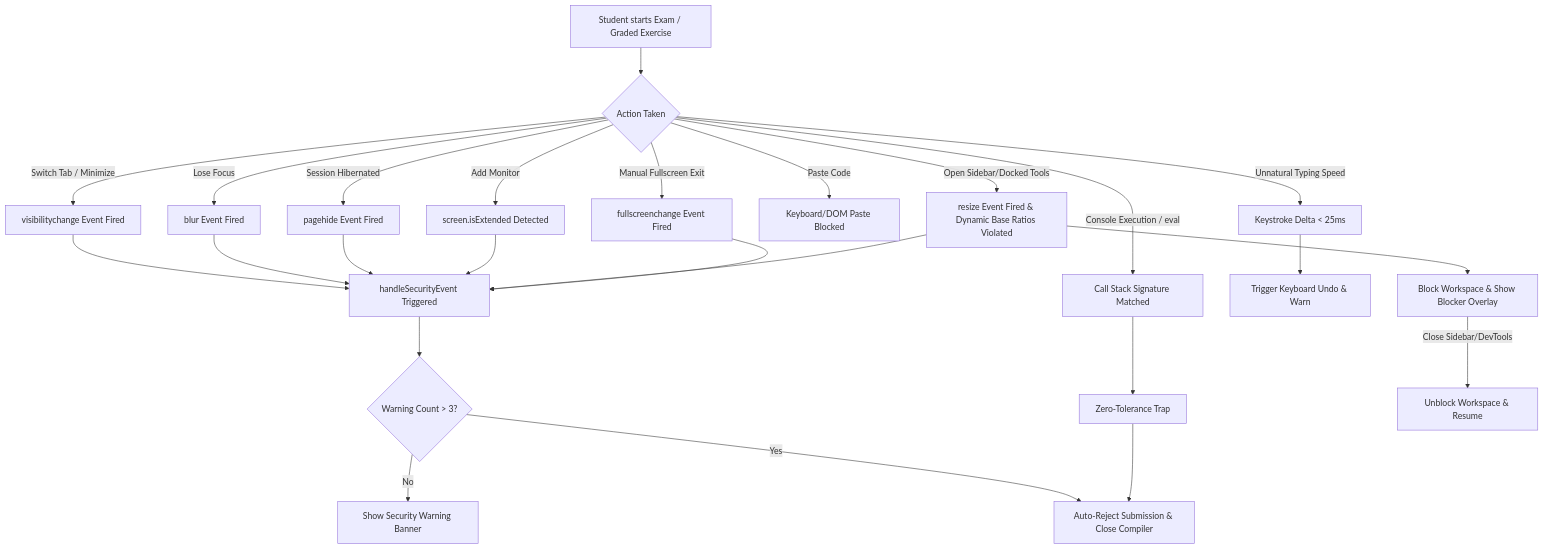
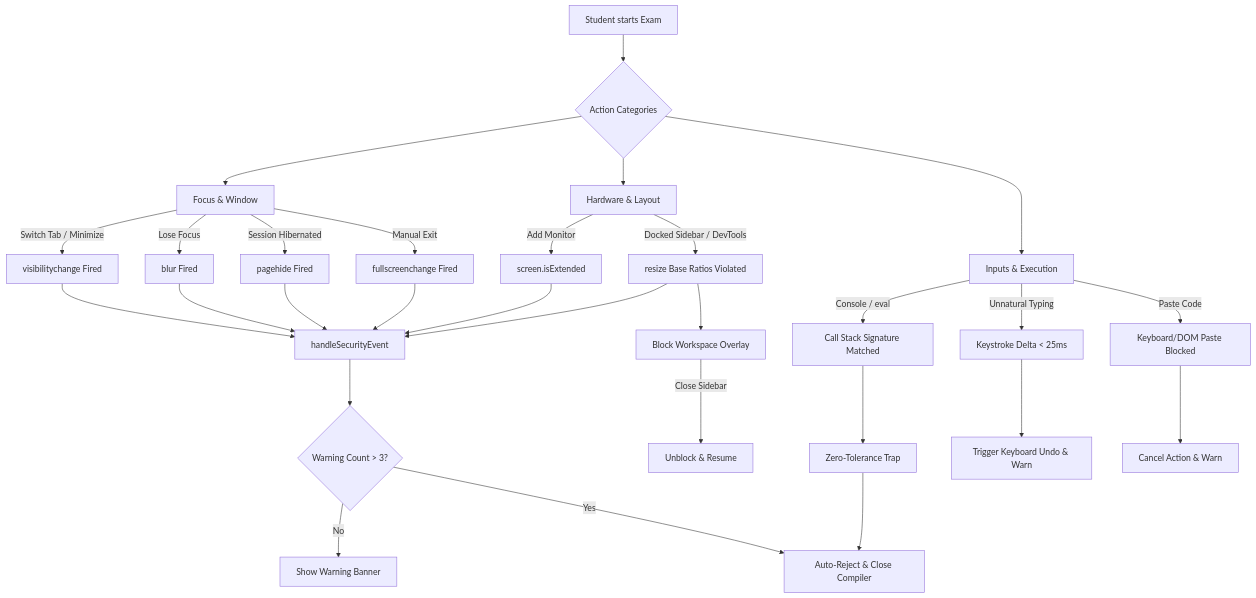
Before and after one commit to suyash-rgb/JS-Mentor: the diagram in Anti-cheat proctoring engine.md, drawn with Mermaid. The commit also changed 1 other file, not shown here.

Commit message:
docs: restructure anti-cheat diagram for better readability

````diff
--- a/Anti-cheat proctoring engine.md
+++ b/Anti-cheat proctoring engine.md
@@ -11,36 +11,35 @@
 ```mermaid
 flowchart TD
-    A[Student starts Exam / Graded Exercise] --> B{Action Taken}
+    A[Student starts Exam] --> B{Action Categories}
     
-    B -- Switch Tab / Minimize --> C[visibilitychange Event Fired]
-    B -- Lose Focus --> D[blur Event Fired]
-    B -- Session Hibernated --> HIB[pagehide Event Fired]
-    B -- Add Monitor --> MON[screen.isExtended Detected]
+    B --> FOC[Focus & Window]
+    B --> ENV[Hardware & Layout]
+    B --> INP[Inputs & Execution]
     
-    B -- Unnatural Typing Speed --> KSD[Keystroke Delta < 25ms]
-    B -- Paste Code --> E[Keyboard/DOM Paste Blocked]
+    FOC -- Switch Tab / Minimize --> C[visibilitychange Fired]
+    FOC -- Lose Focus --> D[blur Fired]
+    FOC -- Session Hibernated --> HIB[pagehide Fired]
+    FOC -- Manual Exit --> FSE[fullscreenchange Fired]
     
-    B -- Console Execution / eval --> CON[Call Stack Signature Matched]
-    B -- Open Sidebar/Docked Tools --> K[resize Event Fired & Dynamic Base Ratios Violated]
-    B -- Manual Fullscreen Exit --> FSE[fullscreenchange Event Fired]
+    ENV -- Add Monitor --> MON[screen.isExtended]
+    ENV -- Docked Sidebar / DevTools --> K[resize Base Ratios Violated]
     
-    C --> F[handleSecurityEvent Triggered]
-    D --> F
-    HIB --> F
-    MON --> F
-    K --> F
-    FSE --> F
+    INP -- Console / eval --> CON[Call Stack Signature Matched]
+    INP -- Unnatural Typing --> KSD[Keystroke Delta < 25ms]
+    INP -- Paste Code --> E[Keyboard/DOM Paste Blocked]
+    
+    C & D & HIB & FSE & MON & K --> F[handleSecurityEvent]
+    
+    K --> J[Block Workspace Overlay]
+    J -- Close Sidebar --> L[Unblock & Resume]
     
     KSD --> UNDO[Trigger Keyboard Undo & Warn]
-    
-    K --> J[Block Workspace & Show Blocker Overlay]
+    E --> CANCEL[Cancel Action & Warn]
     
     F --> G{Warning Count > 3?}
-    G -- No --> H[Show Security Warning Banner]
-    G -- Yes --> I[Auto-Reject Submission & Close Compiler]
+    G -- No --> H[Show Warning Banner]
+    G -- Yes --> I[Auto-Reject & Close Compiler]
     
     CON --> Z[Zero-Tolerance Trap]
     Z --> I
-    
-    J -- Close Sidebar/DevTools --> L[Unblock Workspace & Resume]
 ```
````
